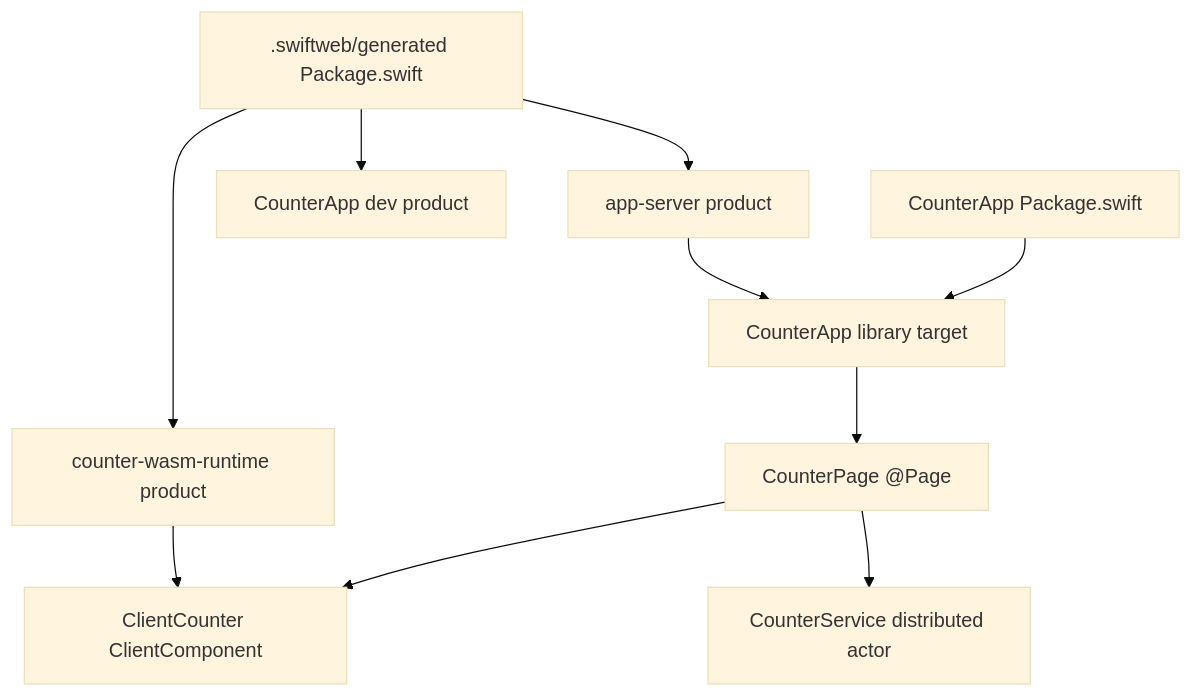
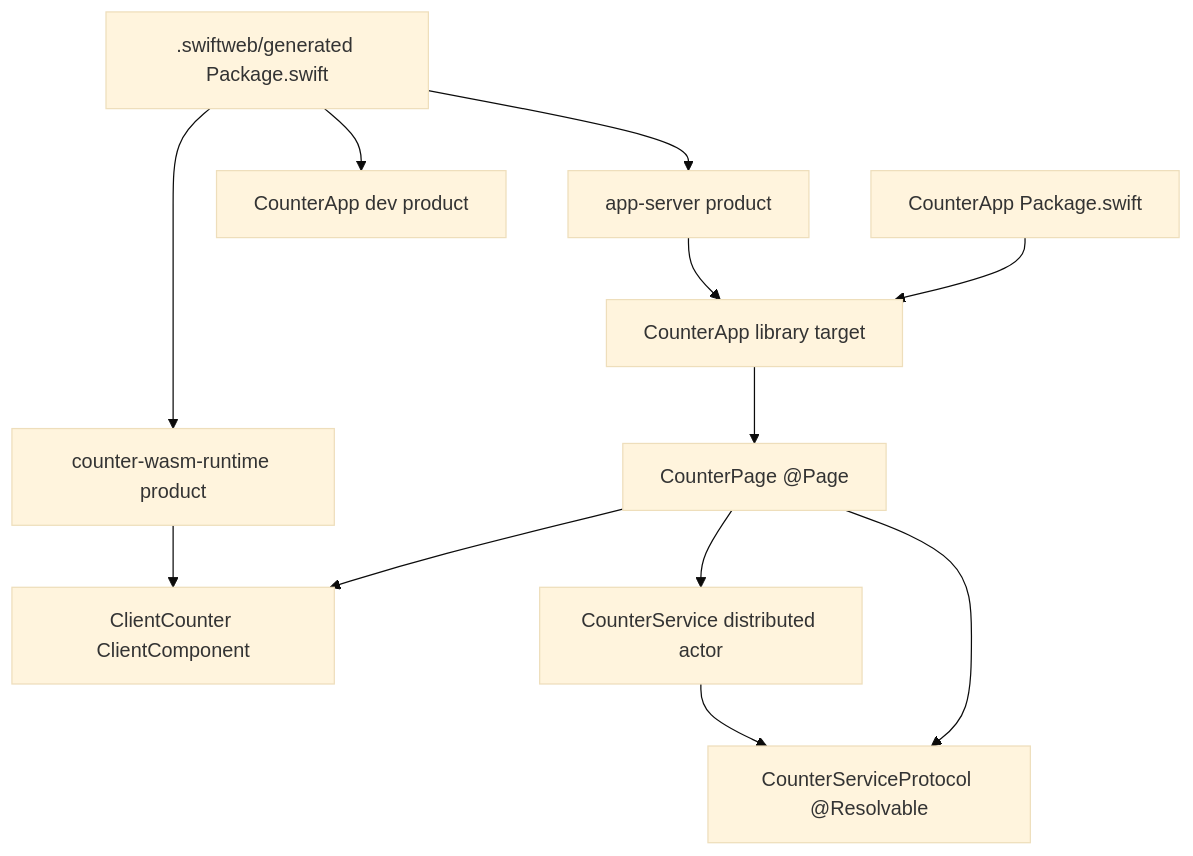
One commit to 1amageek/swift-web changed the first of 3 diagrams in Examples/CounterApp/README.md. Above: the diagram before and after it, drawn with Mermaid (base theme). The commit also changed other lines of this file and 40 other files, not shown here.

````diff
--- a/Examples/CounterApp/README.md
+++ b/Examples/CounterApp/README.md
@@ -14,22 +15,25 @@
 ```mermaid
 flowchart TD
   UserPackage["CounterApp Package.swift"]
   AppTarget["CounterApp library target"]
   GeneratedPackage[".swiftweb/generated Package.swift"]
   DevProduct["CounterApp dev product"]
   ServerProduct["app-server product"]
   WasmProduct["counter-wasm-runtime product"]
   Page["CounterPage @Page"]
   Client["ClientCounter ClientComponent"]
+  Contract["CounterServiceProtocol @Resolvable"]
   Service["CounterService distributed actor"]
 
   UserPackage --> AppTarget
   AppTarget --> Page
   Page --> Client
+  Page --> Contract
   Page --> Service
+  Service --> Contract
   GeneratedPackage --> DevProduct
   GeneratedPackage --> ServerProduct
   GeneratedPackage --> WasmProduct
   ServerProduct --> AppTarget
   WasmProduct --> Client
 ```
````
